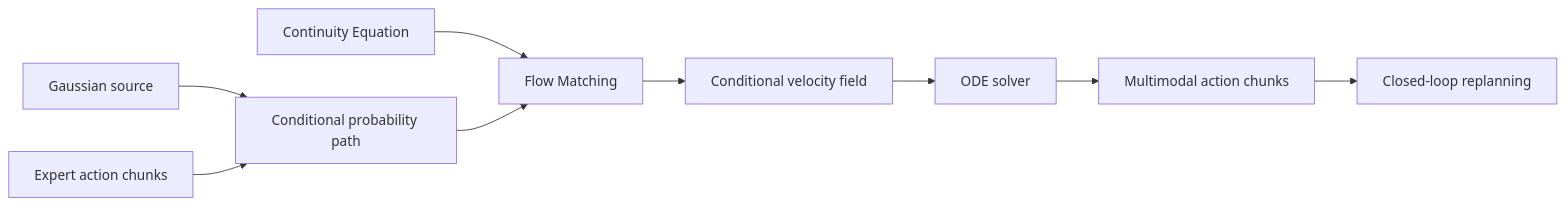
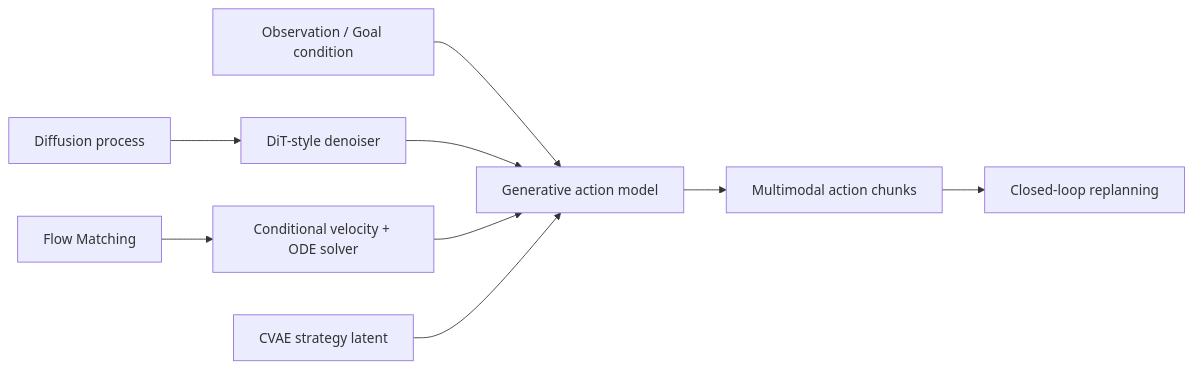
The eighth of 8 diagrams in KNOWLEDGE_GRAPH.md (hundredthtree-OvO/EmbodiedCard), drawn with Mermaid before and after one commit. The commit also changed other lines of this file and 3 other files, not shown here.

Commit message:
refine graph rules and add Q-Former card

````diff
--- a/KNOWLEDGE_GRAPH.md
+++ b/KNOWLEDGE_GRAPH.md
@@ -117,11 +104,11 @@
 ```mermaid
 flowchart LR
-    C["Continuity Equation"] --> F["Flow Matching"]
-    N["Gaussian source"] --> P["Conditional probability path"]
-    E["Expert action chunks"] --> P
-    P --> F
-    F --> V["Conditional velocity field"]
-    V --> O["ODE solver"]
-    O --> A["Multimodal action chunks"]
-    A --> R["Closed-loop replanning"]
+    C["Observation / Goal condition"] --> V["Generative action model"]
+    D["Diffusion process"] --> I["DiT-style denoiser"]
+    I --> V
+    F["Flow Matching"] --> O["Conditional velocity + ODE solver"]
+    O --> V
+    A["CVAE strategy latent"] --> V
+    V --> K["Multimodal action chunks"]
+    K --> R["Closed-loop replanning"]
 ```
````
